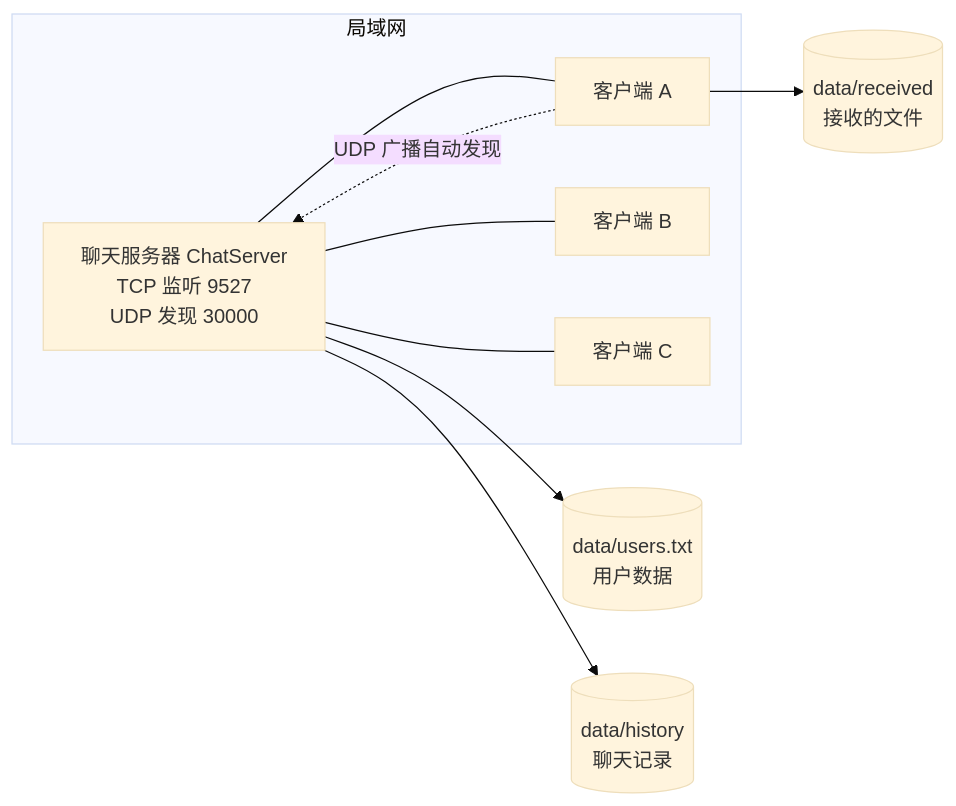
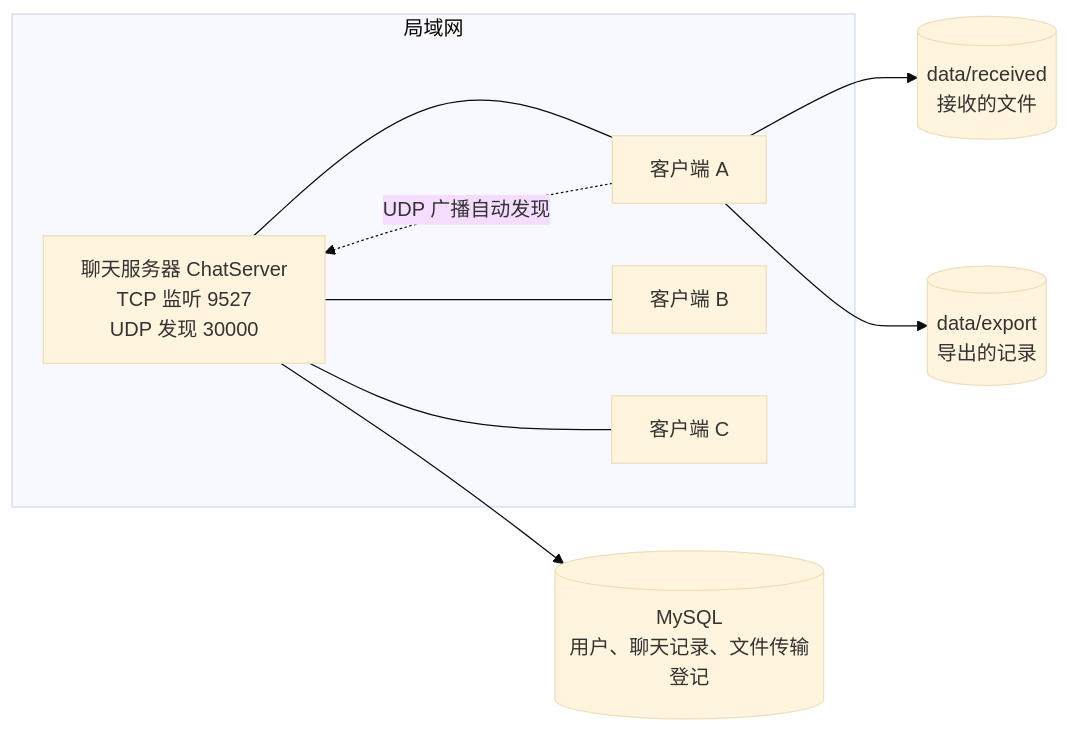
Before and after one commit to FeiTwnd/lanchat: the first of 2 diagrams in docs/用户手册.md, drawn with Mermaid (base theme). The commit also changed other lines of this file and 9 other files, not shown here.

````diff
--- a/docs/用户手册.md
+++ b/docs/用户手册.md
@@ -36,16 +43,16 @@
 ```mermaid
 flowchart LR
     subgraph LAN[局域网]
         S[聊天服务器 ChatServer<br/>TCP 监听 9527<br/>UDP 发现 30000]
         C1[客户端 A]
         C2[客户端 B]
         C3[客户端 C]
         S --- C1
         S --- C2
         S --- C3
     end
     C1 -. UDP 广播自动发现 .-> S
-    S --> D1[(data/users.txt<br/>用户数据)]
-    S --> D2[(data/history<br/>聊天记录)]
-    C1 --> D3[(data/received<br/>接收的文件)]
+    S --> D1[(MySQL<br/>用户、聊天记录、文件传输登记)]
+    C1 --> D2[(data/received<br/>接收的文件)]
+    C1 --> D3[(data/export<br/>导出的记录)]
 ```
````
